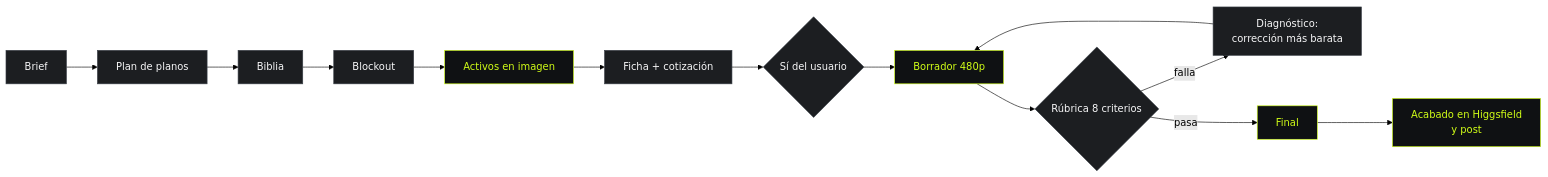
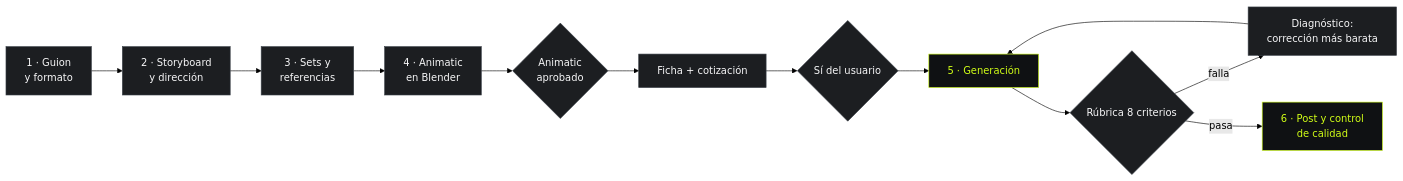
One commit to Dvanielx03/higgsfield-photorealistic-filmmaking changed the first of 2 diagrams in README.md. Above: the diagram before and after it, drawn with Mermaid (forest theme). The commit also changed other lines of this file and 9 other files, not shown here.

````diff
--- a/README.md
+++ b/README.md
@@ -41,20 +41,19 @@
 ```mermaid
 flowchart LR
-    A[Brief] --> B[Plan de planos]
-    B --> C[Biblia]
-    C --> D[Blockout]
-    D --> E[Activos en imagen]
-    E --> F[Ficha + cotización]
-    F --> G{Sí del usuario}
-    G --> H[Borrador 480p]
+    A[1 · Guion<br/>y formato] --> B[2 · Storyboard<br/>y dirección]
+    B --> C[3 · Sets y<br/>referencias]
+    C --> D[4 · Animatic<br/>en Blender]
+    D --> G{Animatic<br/>aprobado}
+    G --> F[Ficha + cotización]
+    F --> Y{Sí del usuario}
+    Y --> H[5 · Generación]
     H --> I{Rúbrica 8 criterios}
     I -->|falla| J[Diagnóstico:<br/>corrección más barata]
     J --> H
-    I -->|pasa| K[Final]
-    K --> L[Acabado en Higgsfield<br/>y post]
+    I -->|pasa| L[6 · Post y control<br/>de calidad]
 
     classDef free fill:#1C1E21,stroke:#383E46,color:#F7F7F8
     classDef paid fill:#0F1113,stroke:#D1FE17,color:#D1FE17
-    class A,B,C,D,F,G,I,J free
-    class E,H,K,L paid
+    class A,B,C,D,G,F,Y,I,J free
+    class H,L paid
 ```
````
